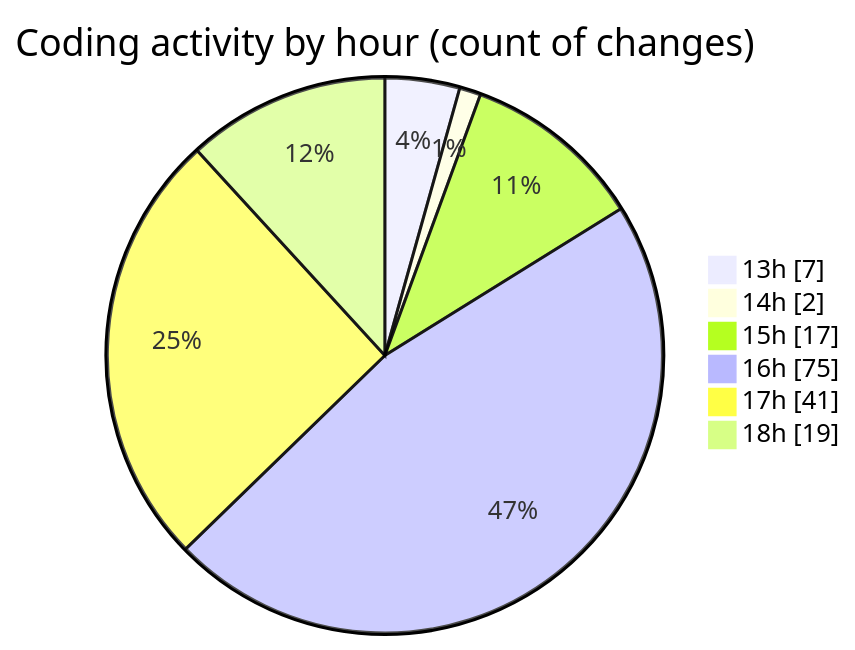
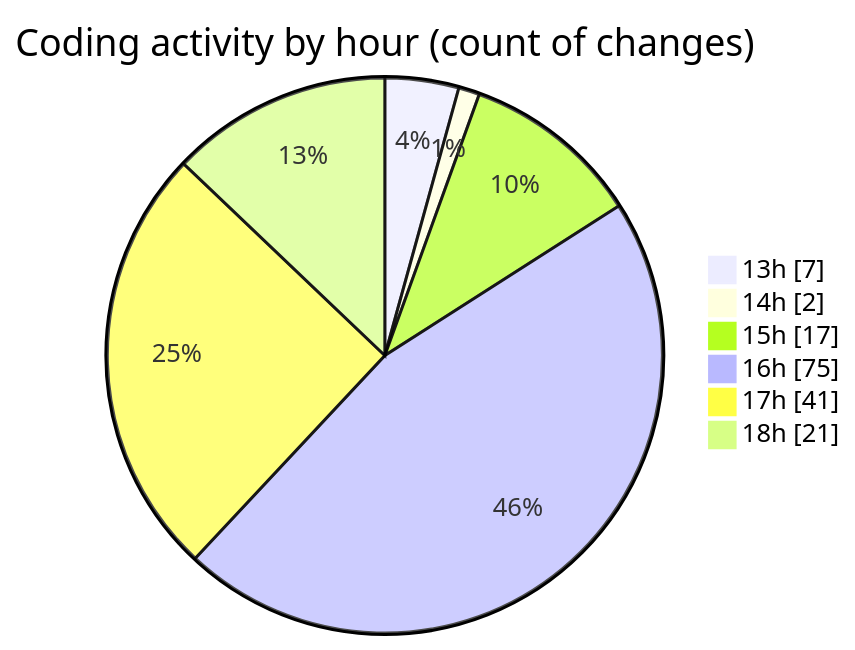
Before and after one commit to charlie-sans/code-tracking: the second of 2 diagrams in 2025-02-24/micros/README.md, drawn with Mermaid. The commit also changed other lines of this file and 1 other file, not shown here.

````diff
--- a/2025-02-24/micros/README.md
+++ b/2025-02-24/micros/README.md
@@ -50,10 +50,10 @@
 ```mermaid
 pie showData
 title Coding activity by hour (count of changes)
 "13h" : 7
 "14h" : 2
 "15h" : 17
 "16h" : 75
 "17h" : 41
-"18h" : 19
+"18h" : 21
 ```
````
